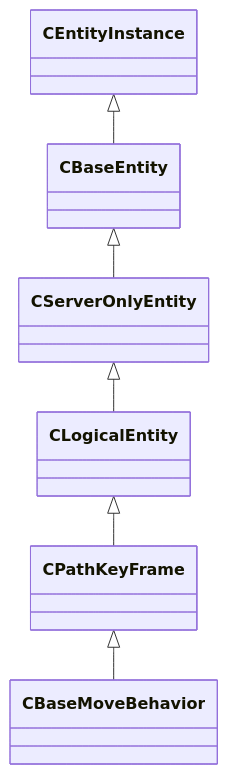
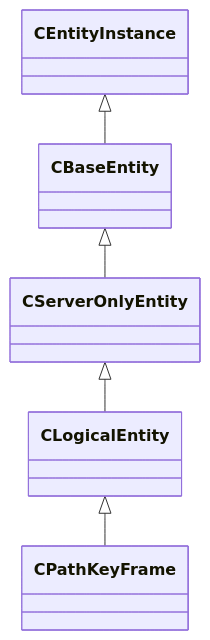
One commit to CS2OpenDev/CS2OpenDev-Docs changed the diagram in docs/generated/schemas/server/CPathKeyFrame.md. Above: the diagram before and after it, drawn with Mermaid. The commit also changed other lines of this file and 4654 other files, not shown here.

Commit message:
docs: regenerate for SchemaTracker build 25947352 [skip ci]

````diff
--- a/docs/generated/schemas/server/CPathKeyFrame.md
+++ b/docs/generated/schemas/server/CPathKeyFrame.md
@@ -21,8 +19,7 @@
 ```mermaid
 classDiagram
     CLogicalEntity <|-- CPathKeyFrame
     CServerOnlyEntity <|-- CLogicalEntity
     CBaseEntity <|-- CServerOnlyEntity
     CEntityInstance <|-- CBaseEntity
-    CPathKeyFrame <|-- CBaseMoveBehavior
 ```
````
